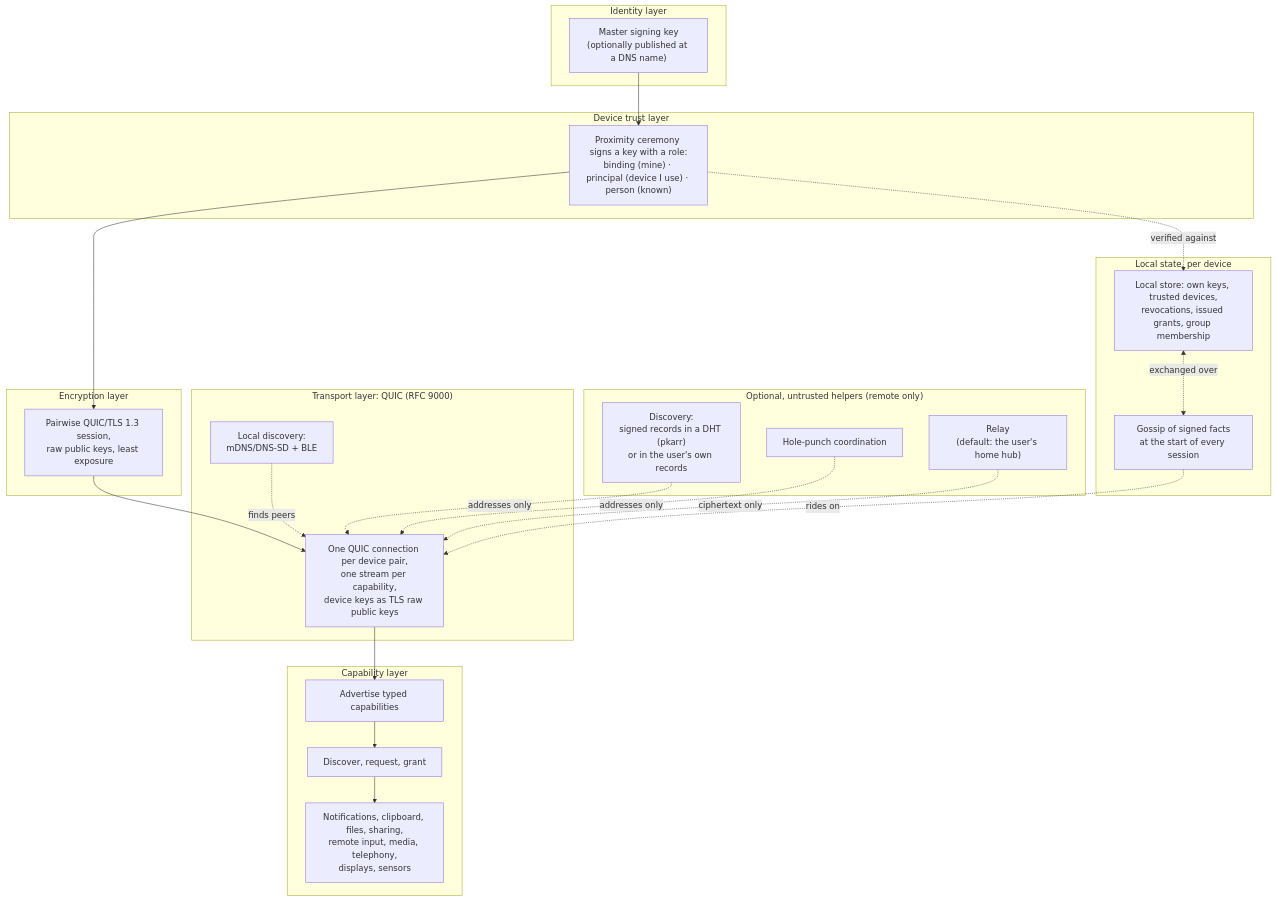
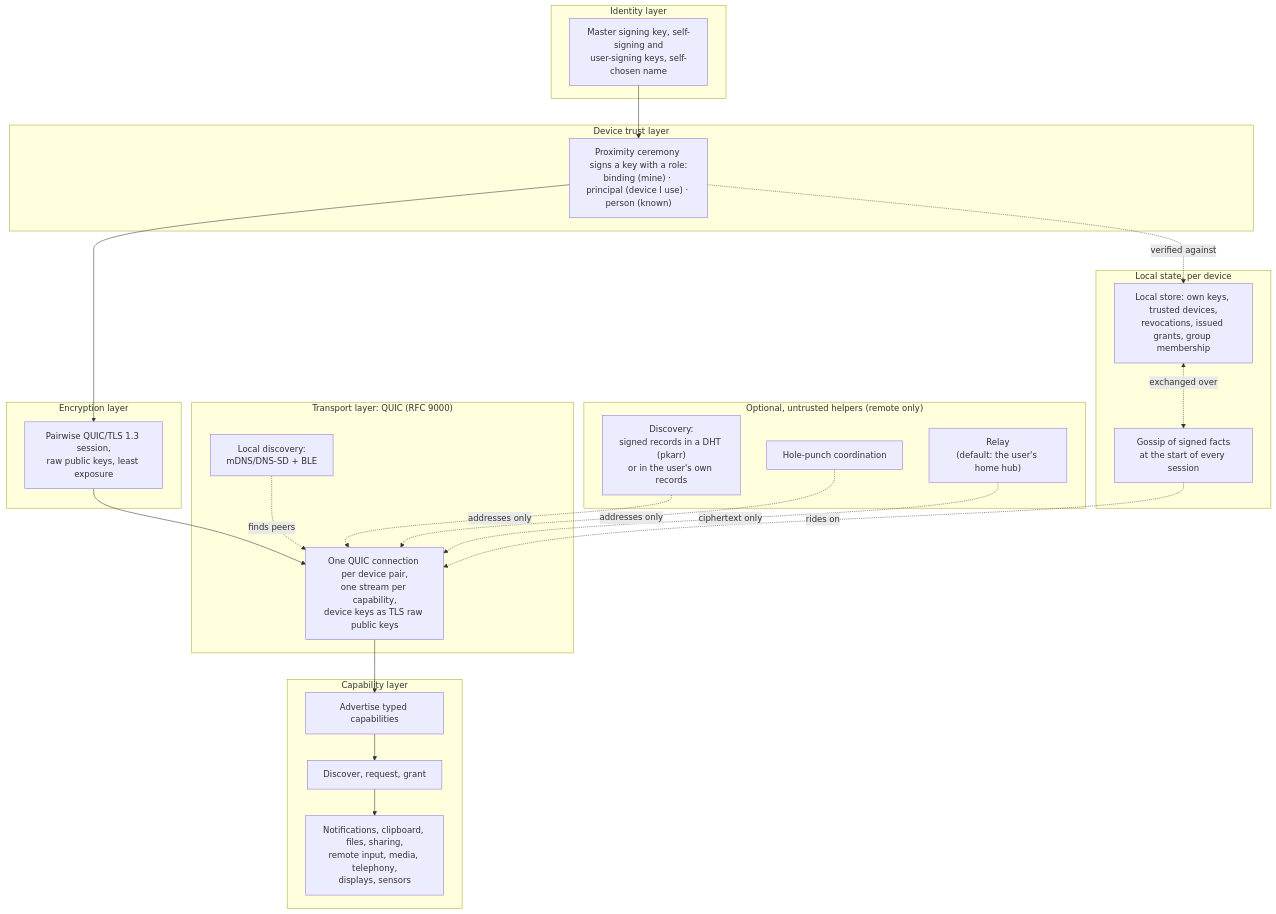
One commit to garth/ligature-protocol changed the diagram in README.md. Above: the diagram before and after it, drawn with Mermaid. The commit also changed other lines of this file and 15 other files, not shown here.

First line of the commit message:
LP-19 Drop key publication; self-asserted display names as signed person facts

````diff
--- a/README.md
+++ b/README.md
@@ -45,45 +45,45 @@
 ```mermaid
 flowchart TB
     subgraph Identity["Identity layer"]
-        KEY["Master signing key<br/>(optionally published at a DNS name)"]
+        KEY["Master signing key, self-signing and<br/>user-signing keys, self-chosen name"]
     end
 
     subgraph Trust["Device trust layer"]
         XS["Proximity ceremony signs a key with a role:<br/>binding (mine) · principal (device I use) · person (known)"]
     end
 
     subgraph Crypto["Encryption layer"]
         SESSION["Pairwise QUIC/TLS 1.3 session,<br/>raw public keys, least exposure"]
     end
 
     subgraph Transport["Transport layer: QUIC (RFC 9000)"]
         QUIC["One QUIC connection per device pair,<br/>one stream per capability,<br/>device keys as TLS raw public keys"]
         LAN["Local discovery:<br/>mDNS/DNS-SD + BLE"]
     end
 
     subgraph Helpers["Optional, untrusted helpers (remote only)"]
         DISC["Discovery:<br/>signed records in a DHT (pkarr)<br/>or in the user's own records"]
         PUNCH["Hole-punch coordination"]
         RELAY["Relay<br/>(default: the user's home hub)"]
     end
 
     subgraph Caps["Capability layer"]
         ADV["Advertise typed capabilities"]
         GRANT["Discover, request, grant"]
         USE["Notifications, clipboard, files, sharing,<br/>remote input, media, telephony,<br/>displays, sensors"]
     end
 
     subgraph State["Local state, per device"]
         STORE["Local store: own keys, trusted devices,<br/>revocations, issued grants, group membership"]
         GOSSIP["Gossip of signed facts<br/>at the start of every session"]
     end
 
     KEY --> XS --> SESSION --> QUIC --> ADV --> GRANT --> USE
     LAN -. "finds peers" .-> QUIC
     DISC -. "addresses only" .-> QUIC
     PUNCH -. "addresses only" .-> QUIC
     RELAY -. "ciphertext only" .-> QUIC
     XS -. "verified against" .-> STORE
     STORE <-. "exchanged over" .-> GOSSIP
     GOSSIP -. "rides on" .-> QUIC
 ```
````
